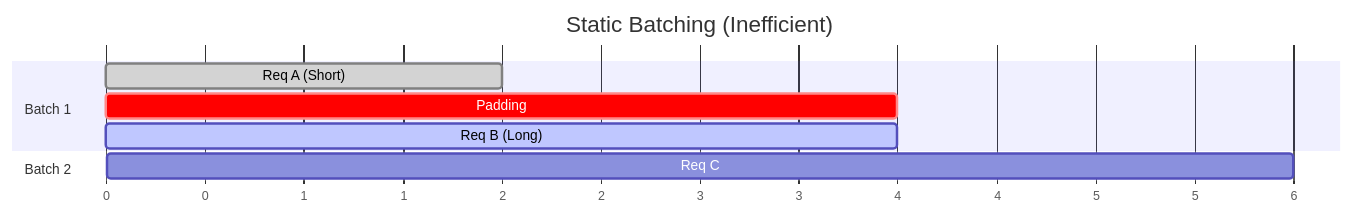
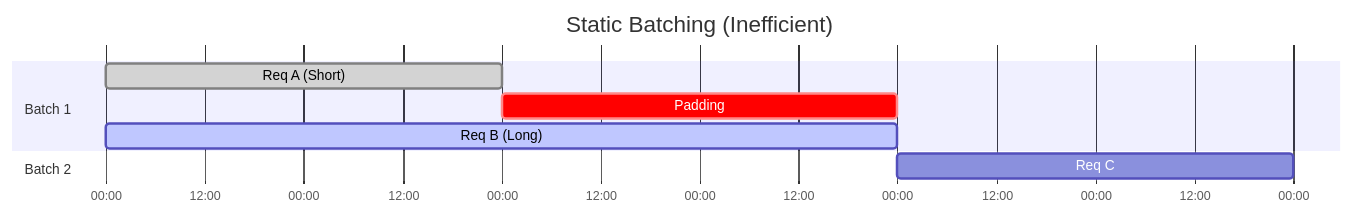
One commit to Ammar-Alnagar/YAIE changed the first of 2 diagrams in docs/src/concepts/continuous_batching.md. Above: the diagram before and after it, drawn with Mermaid. The commit also changed other lines of this file and 8 other files, not shown here.

````diff
--- a/docs/src/concepts/continuous_batching.md
+++ b/docs/src/concepts/continuous_batching.md
@@ -12,14 +12,14 @@
 ```mermaid
 gantt
     title Static Batching (Inefficient)
-    dateFormat X
-    axisFormat %s
+    dateFormat YYYY-MM-DD
+    axisFormat %H:%M
 
     section Batch 1
-    Req A (Short) :done, a1, 0, 2
-    Padding       :crit, 2, 4
-    Req B (Long)  :active, b1, 0, 4
+    Req A (Short) :done, a1, 2024-01-01, 2d
+    Padding       :crit, 2024-01-03, 2d
+    Req B (Long)  :active, b1, 2024-01-01, 4d
 
     section Batch 2
-    Req C :c1, 4, 6
+    Req C :c1, 2024-01-05, 2d
 ```
````
